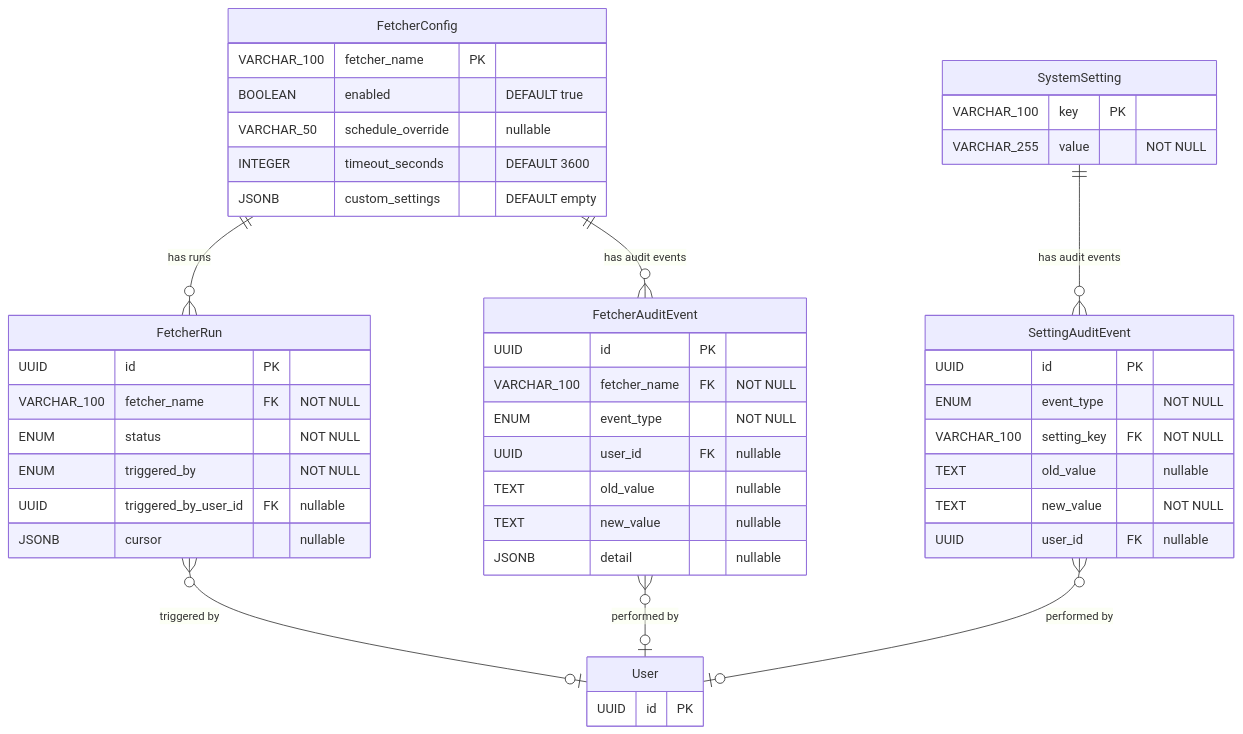
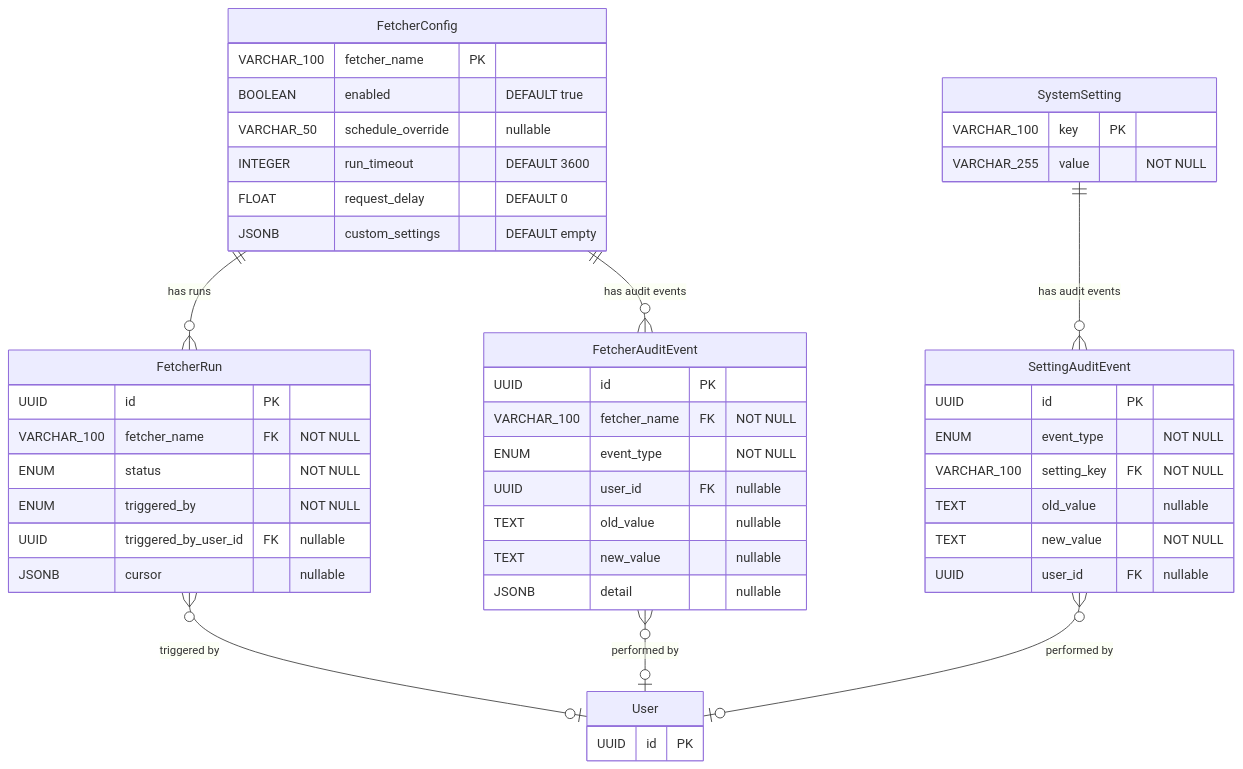
Before and after one commit to StayPirate/STAMP: the fifth of 6 diagrams in docs/data-model.md, drawn with Mermaid. The commit also changed other lines of this file and 19 other files, not shown here.

````diff
--- a/docs/data-model.md
+++ b/docs/data-model.md
@@ -316,49 +316,50 @@
 ```mermaid
 erDiagram
     FetcherConfig {
         VARCHAR_100 fetcher_name PK
         BOOLEAN enabled "DEFAULT true"
         VARCHAR_50 schedule_override "nullable"
-        INTEGER timeout_seconds "DEFAULT 3600"
+        INTEGER run_timeout "DEFAULT 3600"
+        FLOAT request_delay "DEFAULT 0"
         JSONB custom_settings "DEFAULT empty"
     }
     FetcherRun {
         UUID id PK
         VARCHAR_100 fetcher_name FK "NOT NULL"
         ENUM status "NOT NULL"
         ENUM triggered_by "NOT NULL"
         UUID triggered_by_user_id FK "nullable"
         JSONB cursor "nullable"
     }
     FetcherAuditEvent {
         UUID id PK
         VARCHAR_100 fetcher_name FK "NOT NULL"
         ENUM event_type "NOT NULL"
         UUID user_id FK "nullable"
         TEXT old_value "nullable"
         TEXT new_value "nullable"
         JSONB detail "nullable"
     }
     SystemSetting {
         VARCHAR_100 key PK
         VARCHAR_255 value "NOT NULL"
     }
     SettingAuditEvent {
         UUID id PK
         ENUM event_type "NOT NULL"
         VARCHAR_100 setting_key FK "NOT NULL"
         TEXT old_value "nullable"
         TEXT new_value "NOT NULL"
         UUID user_id FK "nullable"
     }
     User {
         UUID id PK
     }
 
     FetcherConfig ||--o{ FetcherRun : "has runs"
     FetcherConfig ||--o{ FetcherAuditEvent : "has audit events"
     FetcherRun }o--o| User : "triggered by"
     FetcherAuditEvent }o--o| User : "performed by"
     SystemSetting ||--o{ SettingAuditEvent : "has audit events"
     SettingAuditEvent }o--o| User : "performed by"
 ```
````
